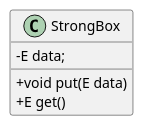
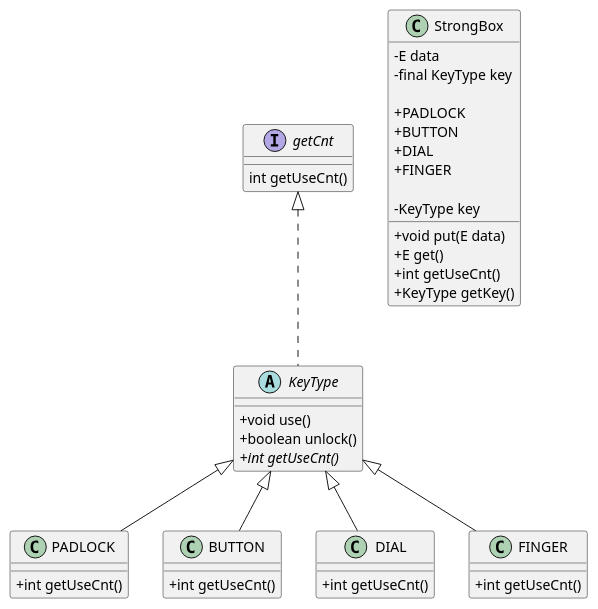
Before and after one commit to SurvivalCodingCampus/polytech_java_study: the diagram in src/main/java/com/survivalcoding/Box/Box.puml, drawn with PlantUML. The commit also changed 10 other files, not shown here.

```diff
--- a/src/main/java/com/survivalcoding/Box/Box.puml
+++ b/src/main/java/com/survivalcoding/Box/Box.puml
@@ -1,14 +1,49 @@
 @startuml
 'https://plantuml.com/class-diagram
 
 scale 1
 skinparam classAttributeIconSize 0
 
+interface getCnt {
+    int getUseCnt()
+}
+
+abstract class KeyType implements getCnt {
+    + void use()
+    + boolean unlock()
+    {abstract} + int getUseCnt()
+}
+
+class PADLOCK extends KeyType {
+    + int getUseCnt()
+}
+
+class BUTTON extends KeyType {
+    + int getUseCnt()
+}
+
+class DIAL extends KeyType {
+    + int getUseCnt()
+}
+
+class FINGER extends KeyType {
+    + int getUseCnt()
+}
+
 class StrongBox {
-    - E data;
-
+    - E data
+    - final KeyType key
     + void put(E data)
     + E get()
+    + int getUseCnt()
+
+    + PADLOCK
+    + BUTTON
+    + DIAL
+    + FINGER
+
+    - KeyType key
+    + KeyType getKey()
 }
 
 @enduml
```
